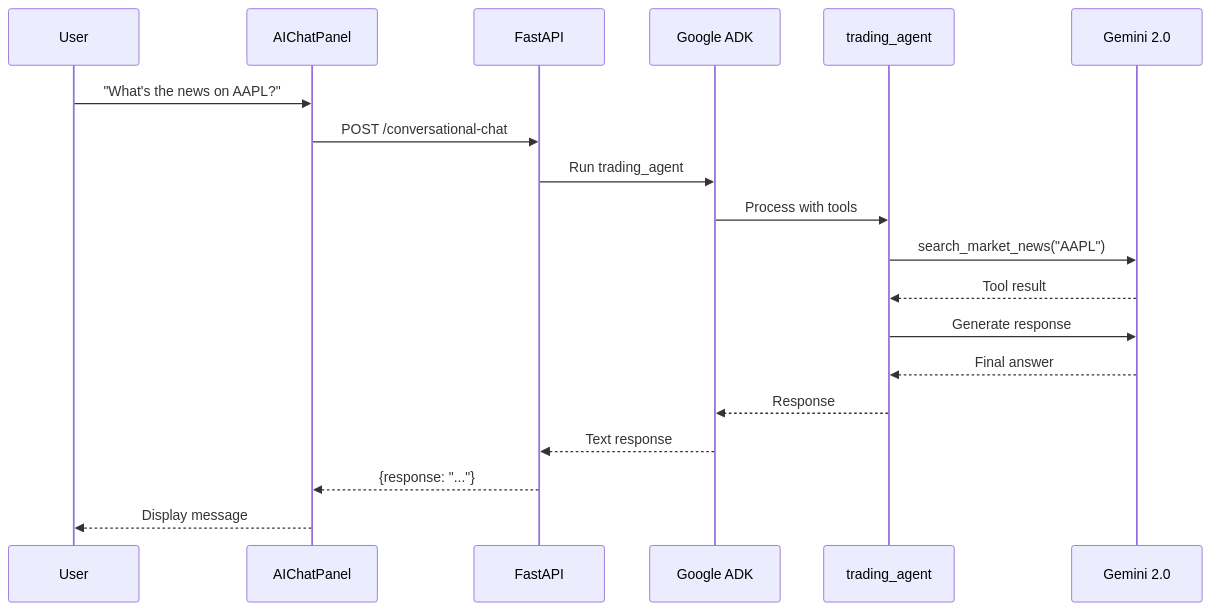
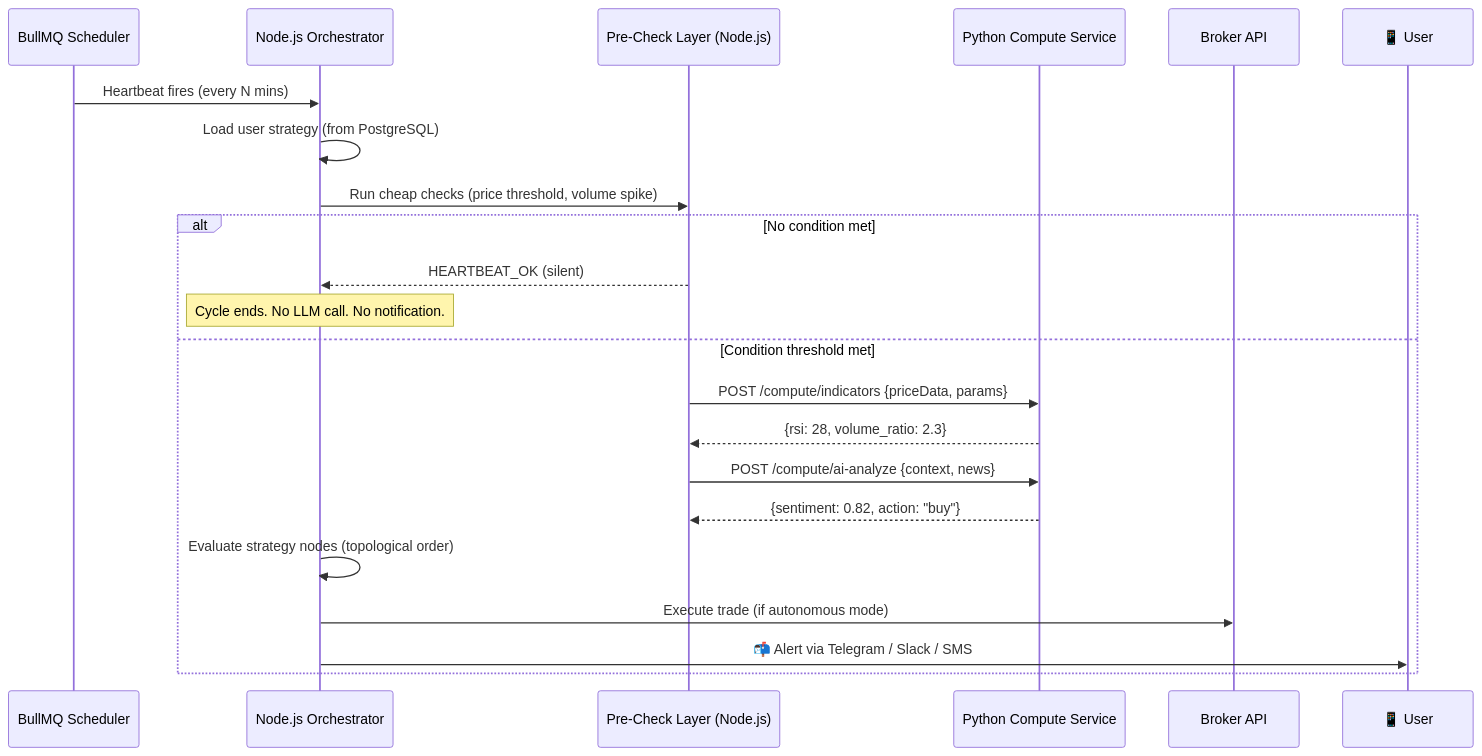
The second of 5 diagrams in README.md (sinatooor/openqnt), drawn with Mermaid before and after one commit. The commit also changed other lines of this file and 19 other files, not shown here.

First line of the commit message:
feat: Add comprehensive Product Requirements Document for StrategyFlow AI Agent v3.0

````diff
--- a/README.md
+++ b/README.md
@@ -112,22 +69,26 @@
 ```mermaid
 sequenceDiagram
-    participant User
-    participant Frontend as AIChatPanel
-    participant Backend as FastAPI
-    participant ADK as Google ADK
-    participant Agent as trading_agent
-    participant LLM as Gemini 2.0
+    participant Beat as BullMQ Scheduler
+    participant Orch as Node.js Orchestrator
+    participant PreCheck as Pre-Check Layer (Node.js)
+    participant Python as Python Compute Service
+    participant Broker as Broker API
+    participant User as 📱 User
 
-    User->>Frontend: "What's the news on AAPL?"
-    Frontend->>Backend: POST /conversational-chat
-    Backend->>ADK: Run trading_agent
-    ADK->>Agent: Process with tools
-    Agent->>LLM: search_market_news("AAPL")
-    LLM-->>Agent: Tool result
-    Agent->>LLM: Generate response
-    LLM-->>Agent: Final answer
-    Agent-->>ADK: Response
-    ADK-->>Backend: Text response
-    Backend-->>Frontend: {response: "..."}
-    Frontend-->>User: Display message
+    Beat->>Orch: Heartbeat fires (every N mins)
+    Orch->>Orch: Load user strategy (from PostgreSQL)
+    Orch->>PreCheck: Run cheap checks (price threshold, volume spike)
+    
+    alt No condition met
+        PreCheck-->>Orch: HEARTBEAT_OK (silent)
+        Note over Orch: Cycle ends. No LLM call. No notification.
+    else Condition threshold met
+        PreCheck->>Python: POST /compute/indicators {priceData, params}
+        Python-->>PreCheck: {rsi: 28, volume_ratio: 2.3}
+        PreCheck->>Python: POST /compute/ai-analyze {context, news}
+        Python-->>PreCheck: {sentiment: 0.82, action: "buy"}
+        Orch->>Orch: Evaluate strategy nodes (topological order)
+        Orch->>Broker: Execute trade (if autonomous mode)
+        Orch->>User: 📬 Alert via Telegram / Slack / SMS
+    end
 ```
````
